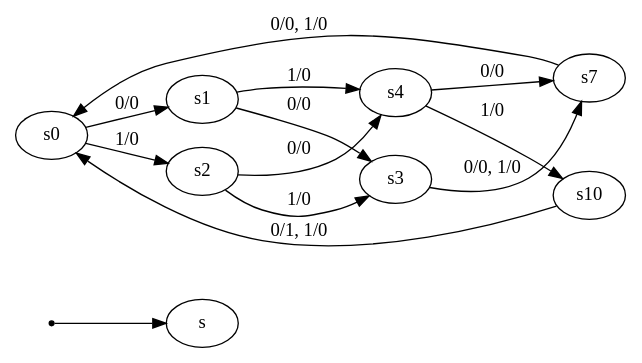
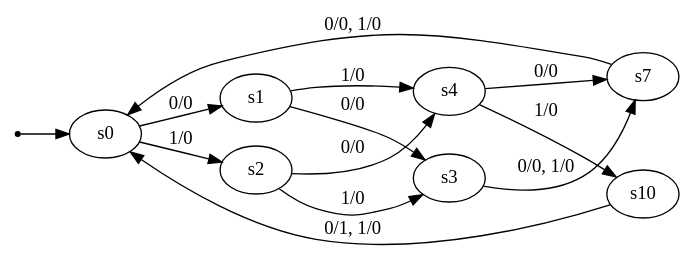
Before and after one commit to Ting-Tech/StateMinimization: the diagram in example/myTest/kiss/case3/out.dot, drawn with Graphviz. The commit also changed 14 other files, not shown here.

```diff
--- a/example/myTest/kiss/case3/out.dot
+++ b/example/myTest/kiss/case3/out.dot
@@ -1,25 +1,25 @@
 digraph STG {
 	rankdir=LR;
 
 	INIT [shape=point];
 	s0 [label="s0"];
 	s1 [label="s1"];
 	s2 [label="s2"];
 	s3 [label="s3"];
 	s4 [label="s4"];
 	s7 [label="s7"];
 	s10 [label="s10"];
 
-	INIT -> s;
-	s0->s1 [label="0/0"];
-	s0->s2 [label="1/0"];
-	s1->s3 [label="0/0"];
-	s1->s4 [label="1/0"];
-	s2->s3 [label="1/0"];
-	s2->s4 [label="0/0"];
-	s3->s7 [label="0/0, 1/0"];
-	s4->s10 [label="1/0"];
-	s4->s7 [label="0/0"];
-	s7->s0 [label="0/0, 1/0"];
-	s10->s0 [label="0/1, 1/0"];
+	INIT -> s0;
+	s0 -> s1 [label="0/0"];
+	s0 -> s2 [label="1/0"];
+	s1 -> s3 [label="0/0"];
+	s1 -> s4 [label="1/0"];
+	s2 -> s3 [label="1/0"];
+	s2 -> s4 [label="0/0"];
+	s3 -> s7 [label="0/0, 1/0"];
+	s4 -> s10 [label="1/0"];
+	s4 -> s7 [label="0/0"];
+	s7 -> s0 [label="0/0, 1/0"];
+	s10 -> s0 [label="0/1, 1/0"];
 }
```
